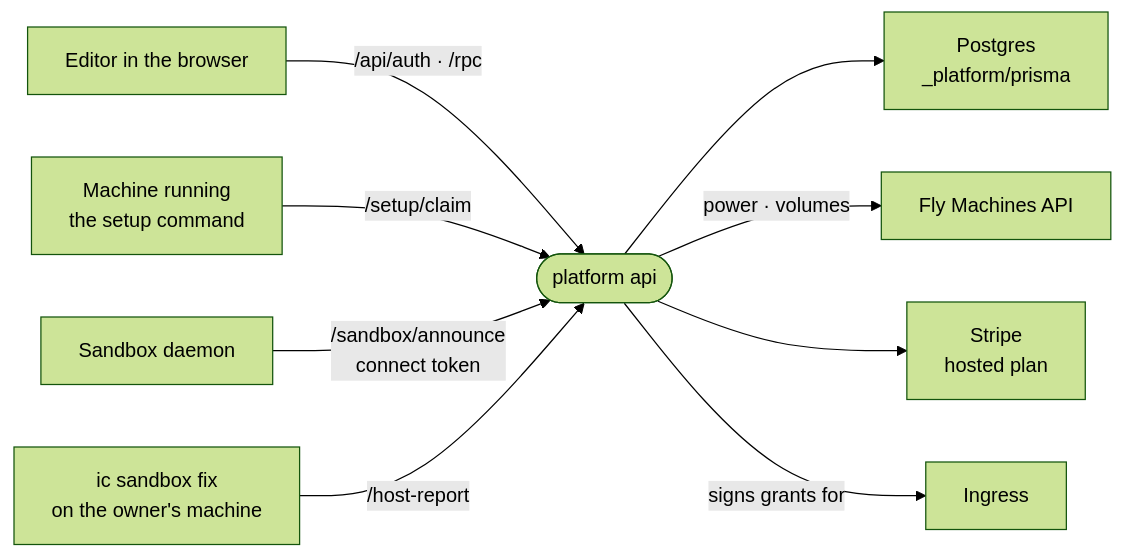
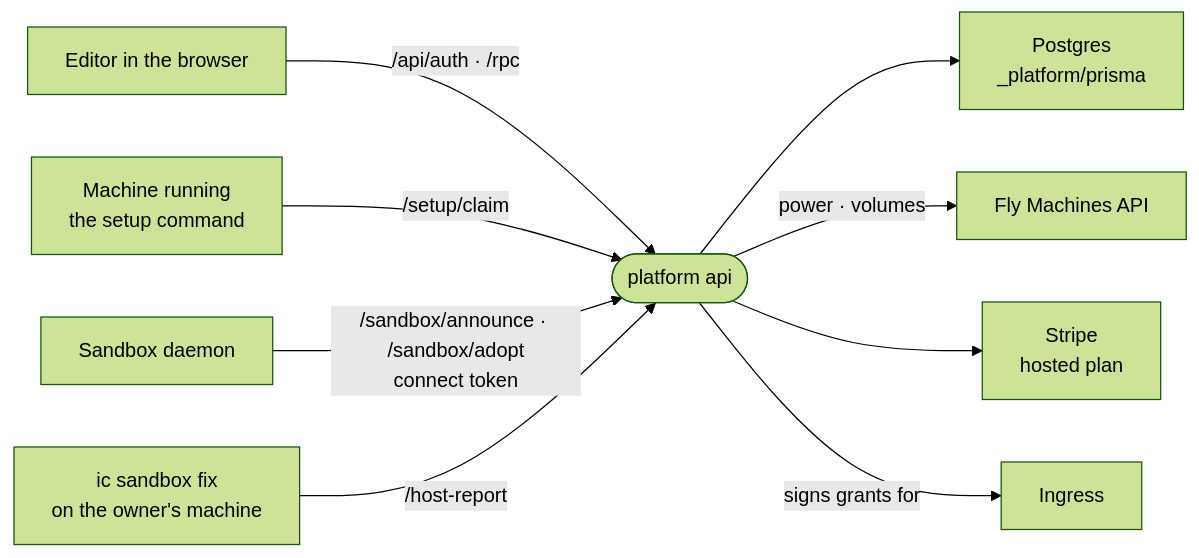
The diagram in docs/architecture/platform.md (intentic/intentic), drawn with Mermaid (forest theme) before and after one commit. The commit also changed other lines of this file and 65 other files, not shown here.

````diff
--- a/docs/architecture/platform.md
+++ b/docs/architecture/platform.md
@@ -5,11 +5,11 @@
 ```mermaid
 flowchart LR
     browser["Editor in the browser"] -->|"/api/auth · /rpc"| api(["platform api"])
     machine["Machine running<br/>the setup command"] -->|"/setup/claim"| api
-    daemon["Sandbox daemon"] -->|"/sandbox/announce<br/>connect token"| api
+    daemon["Sandbox daemon"] -->|"/sandbox/announce · /sandbox/adopt<br/>connect token"| api
     host["ic sandbox fix<br/>on the owner's machine"] -->|"/host-report"| api
     api --> db["Postgres<br/>_platform/prisma"]
     api -->|"power · volumes"| fly["Fly Machines API"]
     api --> stripe["Stripe<br/>hosted plan"]
     api -->|"signs grants for"| ingress["Ingress"]
 ```
````
